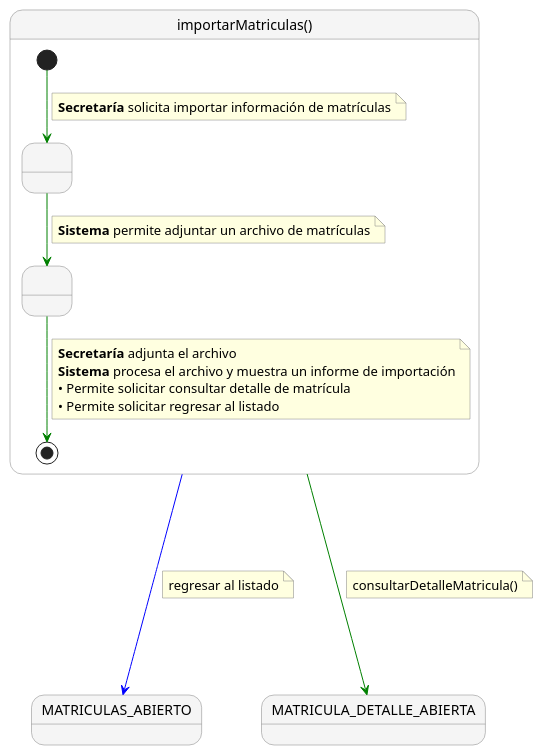
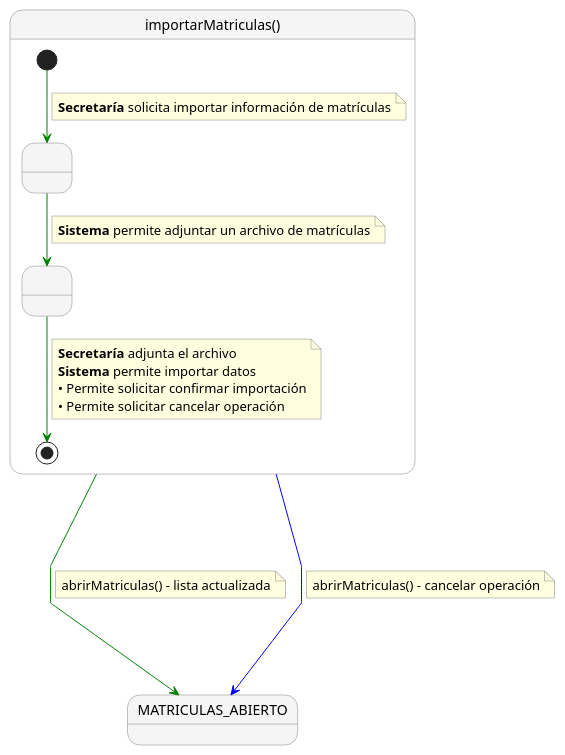
Before and after one commit to enmabry/25-26-IdSw1-SdR: the diagram in documents/CasosDeUso/DetalladoCasosDeUso/Secretaria/importarMatriculas.puml, drawn with PlantUML. The commit also changed 18 other files, not shown here.

```diff
--- a/documents/CasosDeUso/DetalladoCasosDeUso/Secretaria/importarMatriculas.puml
+++ b/documents/CasosDeUso/DetalladoCasosDeUso/Secretaria/importarMatriculas.puml
@@ -1,46 +1,45 @@
 @startuml
 skinparam nodesep 60
 skinparam ranksep 60
 skinparam linetype polyline
 skinparam NoteBackgroundColor lightyellow
 skinparam NoteBorderColor gray
 skinparam StateBackgroundColor #F5F5F5
 skinparam StateBorderColor gray
 
 state "importarMatriculas()" as importarMatriculas {
    
     state " " as Paso1
     state " " as Paso2
    
     [*] -[#green]-> Paso1
     note on link
       <b>Secretaría</b> solicita importar información de matrículas
     end note
    
     Paso1 -[#green]-> Paso2
     note on link
       <b>Sistema</b> permite adjuntar un archivo de matrículas
     end note
    
     Paso2 -[#green]-> [*]
     note on link
       <b>Secretaría</b> adjunta el archivo
-      <b>Sistema</b> procesa el archivo y muestra un informe de importación
-      • Permite solicitar consultar detalle de matrícula
-      • Permite solicitar regresar al listado
+      <b>Sistema</b> permite importar datos
+      • Permite solicitar confirmar importación
+      • Permite solicitar cancelar operación
     end note
 }
 
 state "MATRICULAS_ABIERTO" as MATRICULAS_ABIERTO
-state "MATRICULA_DETALLE_ABIERTA" as MATRICULA_DETALLE_ABIERTA
 
-importarMatriculas -[#green]---> MATRICULA_DETALLE_ABIERTA
+importarMatriculas -[#green]---> MATRICULAS_ABIERTO
 note right on link
-  consultarDetalleMatricula()
+  abrirMatriculas() - lista actualizada
 end note
 
 importarMatriculas -[#blue]---> MATRICULAS_ABIERTO
 note right on link
-  regresar al listado
+  abrirMatriculas() - cancelar operación
 end note
 @enduml
```
